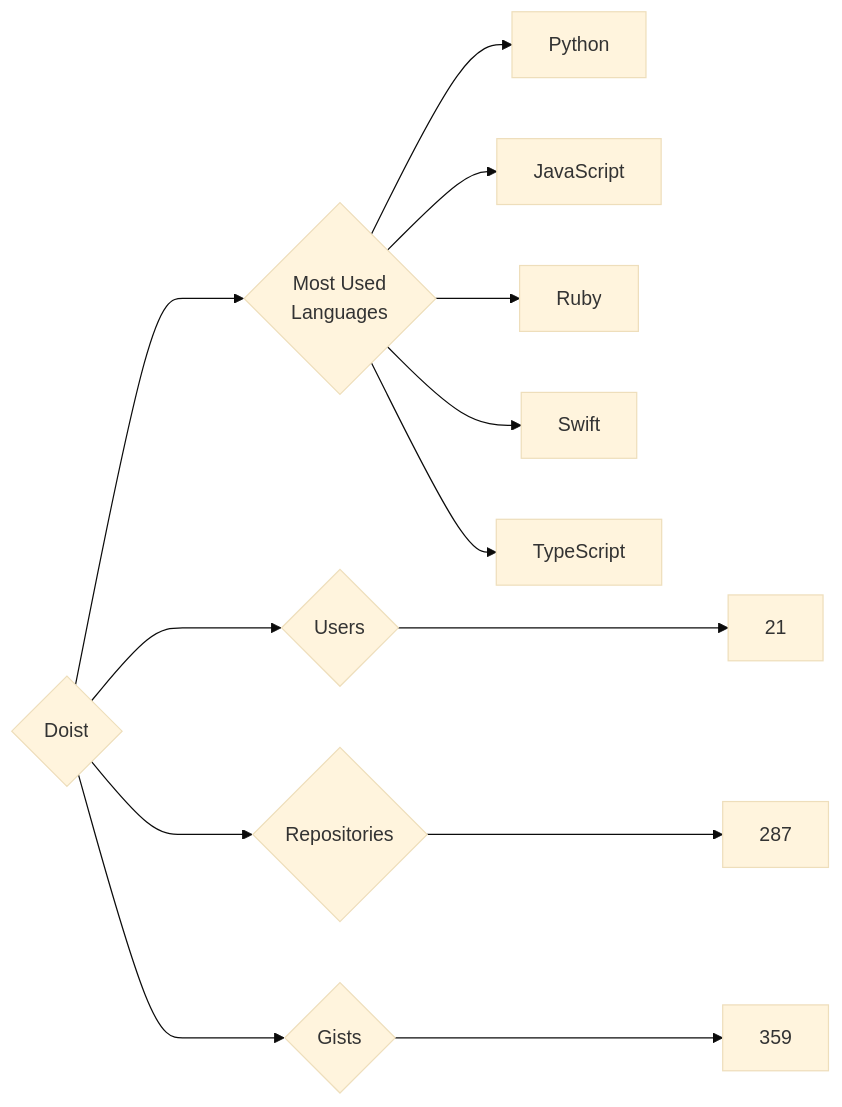
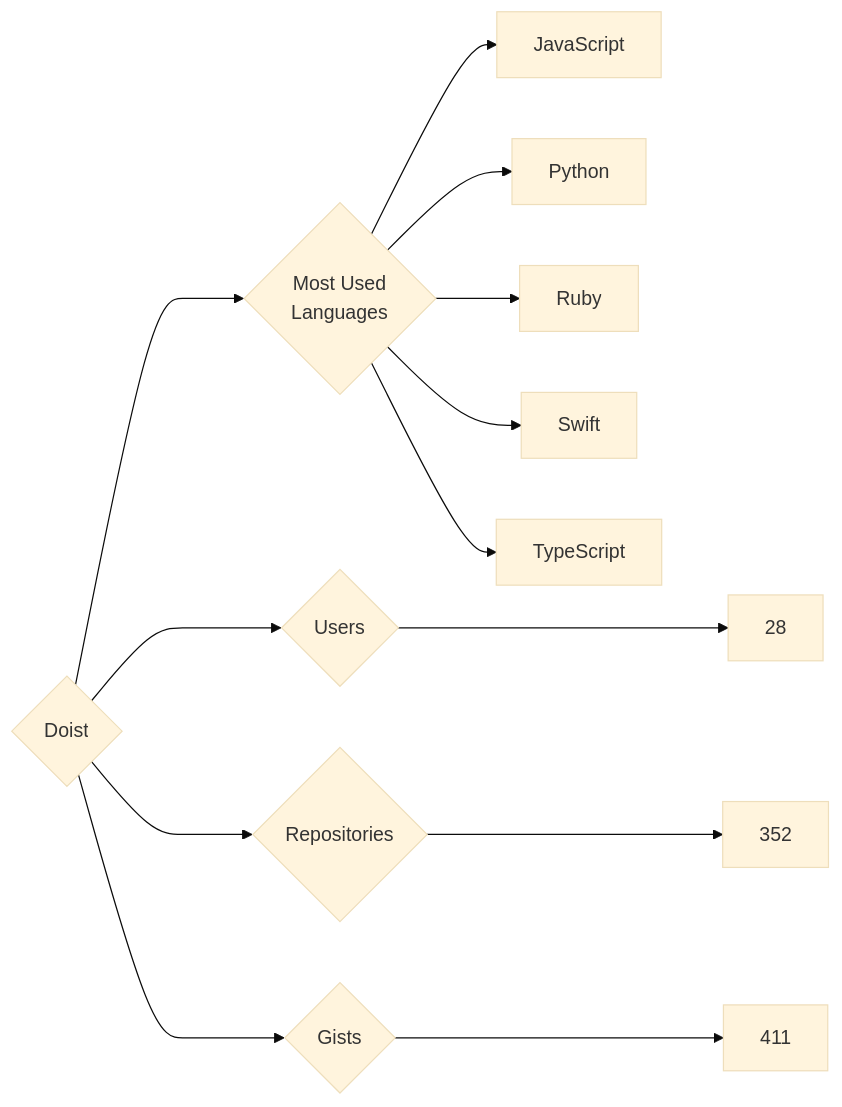
One commit to trickest/insiders changed the diagram in targets/Doist/README.md. Above: the diagram before and after it, drawn with Mermaid (base theme). The commit also changed 912 other files, not shown here.

````diff
--- a/targets/Doist/README.md
+++ b/targets/Doist/README.md
@@ -3,13 +3,13 @@
 ```mermaid
 graph LR
 COMPANY_NAME{Doist}
-COMPANY_NAME ---> U{Users} ---> UN[21]
-COMPANY_NAME ---> R{Repositories} ---> RN[287]
-COMPANY_NAME ---> G{Gists} ---> GN[359]
+COMPANY_NAME ---> U{Users} ---> UN[28]
+COMPANY_NAME ---> R{Repositories} ---> RN[352]
+COMPANY_NAME ---> G{Gists} ---> GN[411]
 COMPANY_NAME ---> ML{Most Used<br>Languages}
+ML --> JavaScript[JavaScript]
 ML --> Python[Python]
-ML --> JavaScript[JavaScript]
 ML --> Ruby[Ruby]
 ML --> Swift[Swift]
 ML --> TypeScript[TypeScript]
 ```
````
